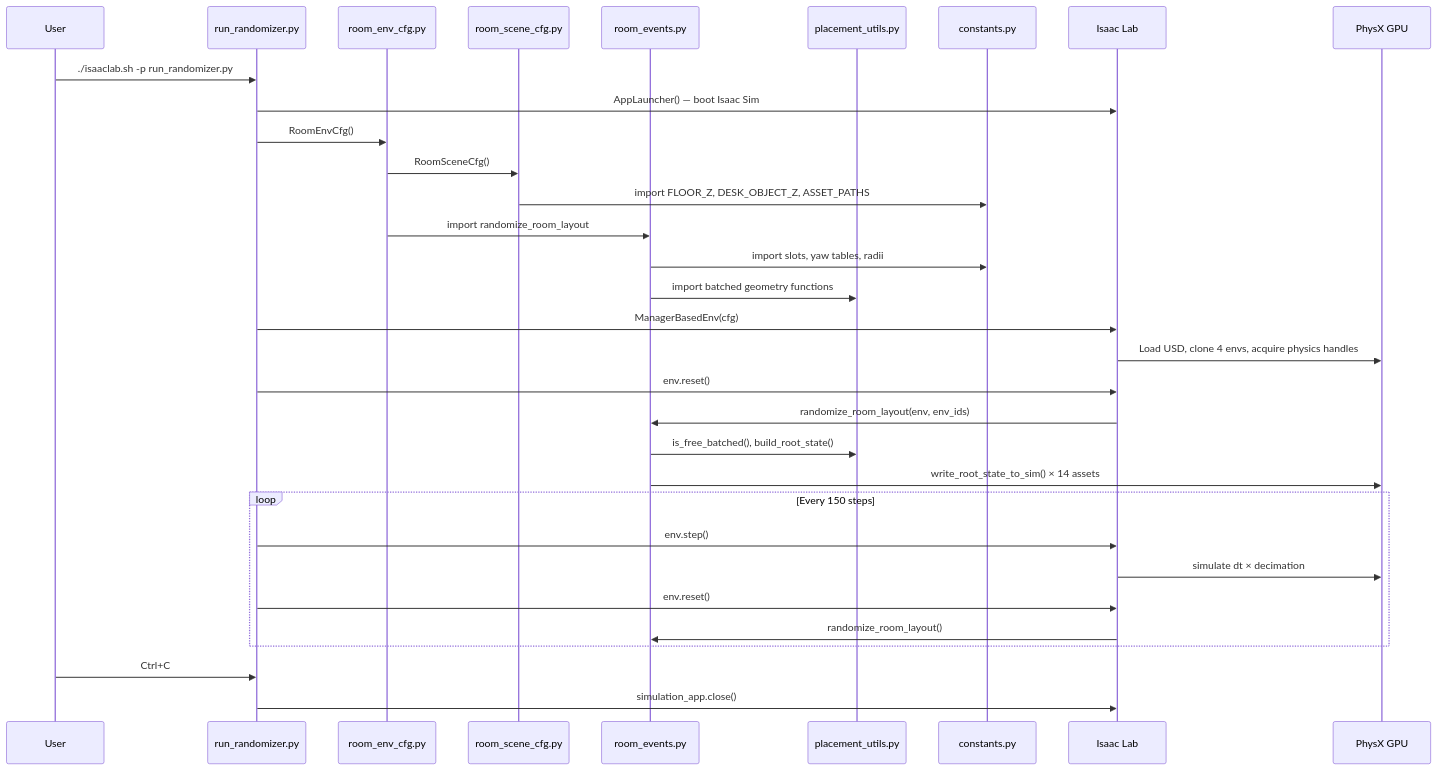
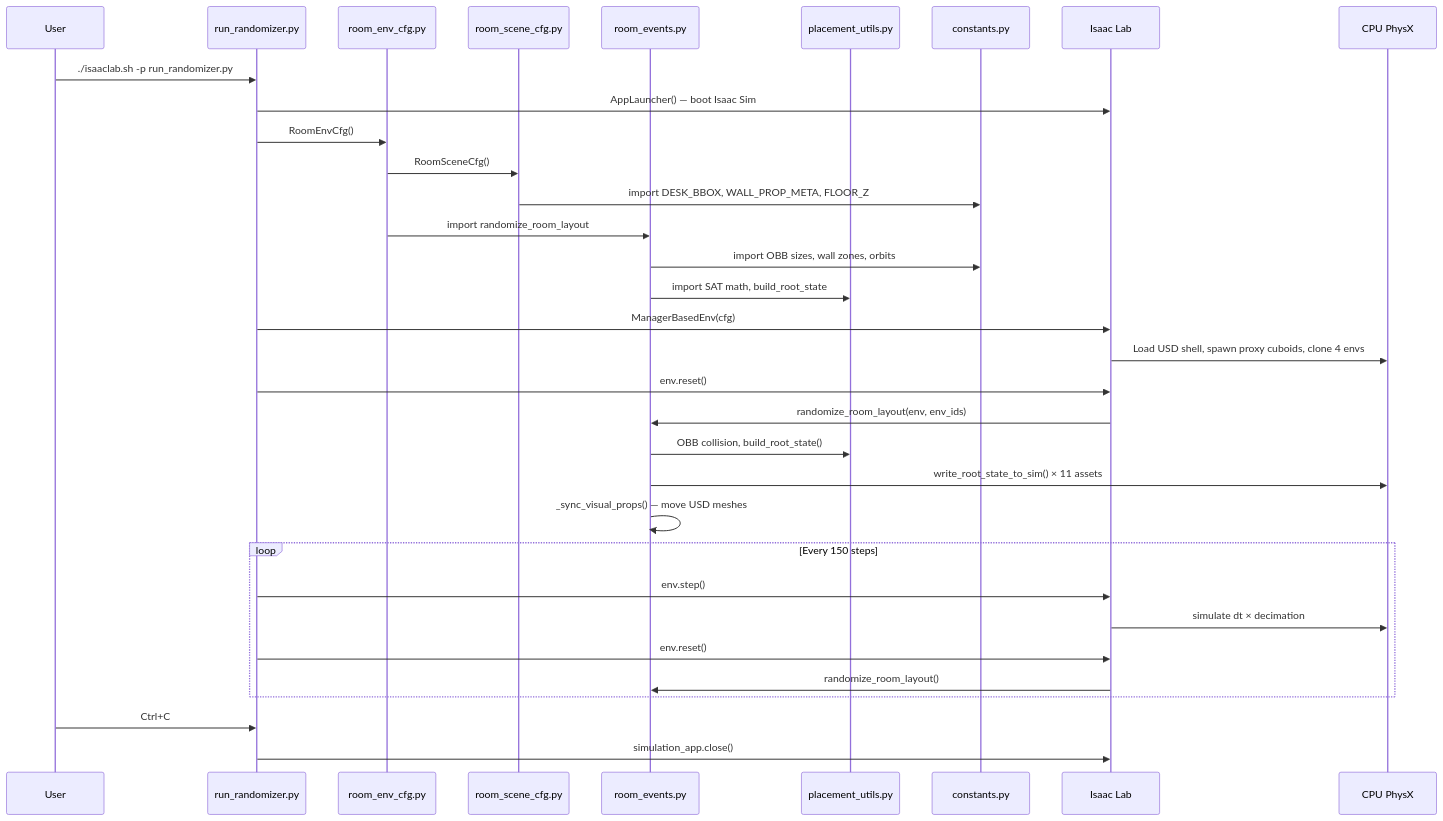
One commit to cezarioa/isaac-projects changed the diagram in room_randomizer_lab/execution_flow.md. Above: the diagram before and after it, drawn with Mermaid. The commit also changed other lines of this file and 6 other files, not shown here.

````diff
--- a/room_randomizer_lab/execution_flow.md
+++ b/room_randomizer_lab/execution_flow.md
@@ -228,35 +230,36 @@
 ```mermaid
 sequenceDiagram
     participant User
     participant run_randomizer.py
     participant room_env_cfg.py
     participant room_scene_cfg.py
     participant room_events.py
     participant placement_utils.py
     participant constants.py
     participant Isaac Lab
-    participant PhysX GPU
+    participant CPU PhysX
 
     User->>run_randomizer.py: ./isaaclab.sh -p run_randomizer.py
     run_randomizer.py->>Isaac Lab: AppLauncher() — boot Isaac Sim
     run_randomizer.py->>room_env_cfg.py: RoomEnvCfg()
     room_env_cfg.py->>room_scene_cfg.py: RoomSceneCfg()
-    room_scene_cfg.py->>constants.py: import FLOOR_Z, DESK_OBJECT_Z, ASSET_PATHS
+    room_scene_cfg.py->>constants.py: import DESK_BBOX, WALL_PROP_META, FLOOR_Z
     room_env_cfg.py->>room_events.py: import randomize_room_layout
-    room_events.py->>constants.py: import slots, yaw tables, radii
-    room_events.py->>placement_utils.py: import batched geometry functions
+    room_events.py->>constants.py: import OBB sizes, wall zones, orbits
+    room_events.py->>placement_utils.py: import SAT math, build_root_state
     run_randomizer.py->>Isaac Lab: ManagerBasedEnv(cfg)
-    Isaac Lab->>PhysX GPU: Load USD, clone 4 envs, acquire physics handles
+    Isaac Lab->>CPU PhysX: Load USD shell, spawn proxy cuboids, clone 4 envs
     run_randomizer.py->>Isaac Lab: env.reset()
     Isaac Lab->>room_events.py: randomize_room_layout(env, env_ids)
-    room_events.py->>placement_utils.py: is_free_batched(), build_root_state()
-    room_events.py->>PhysX GPU: write_root_state_to_sim() × 14 assets
+    room_events.py->>placement_utils.py: OBB collision, build_root_state()
+    room_events.py->>CPU PhysX: write_root_state_to_sim() × 11 assets
+    room_events.py->>room_events.py: _sync_visual_props() — move USD meshes
     loop Every 150 steps
         run_randomizer.py->>Isaac Lab: env.step()
-        Isaac Lab->>PhysX GPU: simulate dt × decimation
+        Isaac Lab->>CPU PhysX: simulate dt × decimation
         run_randomizer.py->>Isaac Lab: env.reset()
         Isaac Lab->>room_events.py: randomize_room_layout()
     end
     User->>run_randomizer.py: Ctrl+C
     run_randomizer.py->>Isaac Lab: simulation_app.close()
 ```
````
